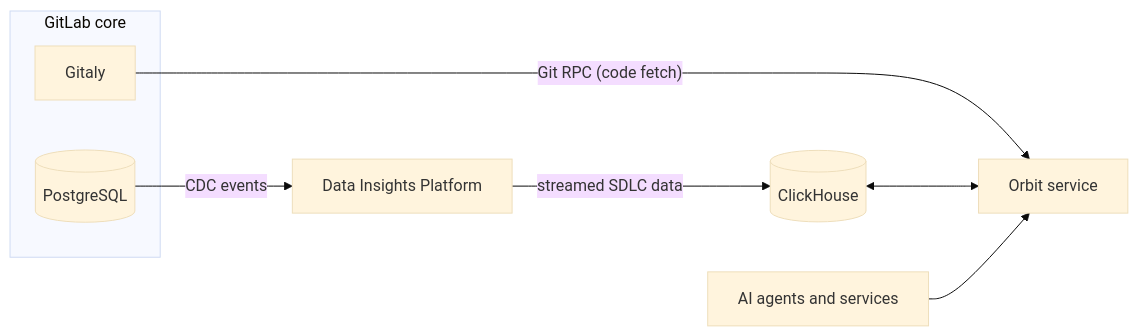
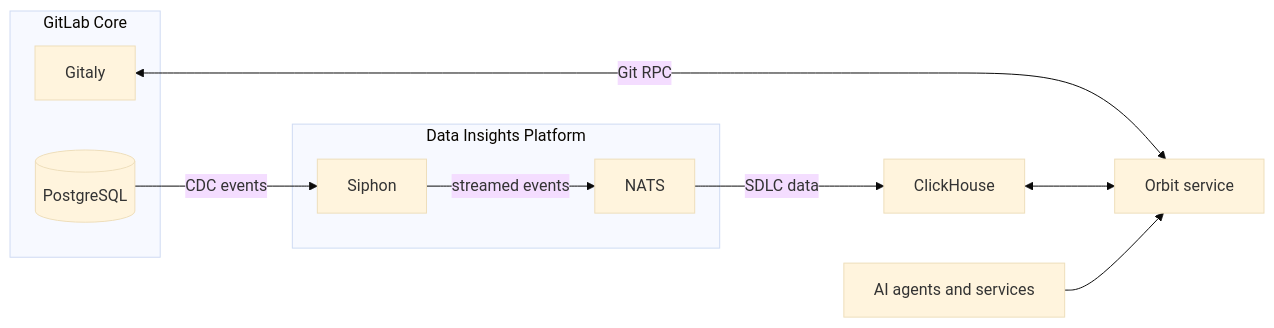
Before and after one commit to gitlabhq/orbit-knowledge-graph: the diagram in docs/source/_index.md, drawn with Mermaid (base theme).

Commit message:
Apply 1 suggestion(s) to 1 file(s)

````diff
--- a/docs/source/_index.md
+++ b/docs/source/_index.md
@@ -89,14 +89,22 @@
 ```mermaid
 flowchart LR
   accTitle: Orbit architecture
-  accDescr: Data flows from PostgreSQL and Gitaly through the Data Insights Platform and into Orbit, which is then queried by AI agents and services.
-  subgraph GitLabCore[GitLab core]
+  accDescr: Data flows from PostgreSQL and Gitaly through Siphon, NATS, and ClickHouse into the Orbit service, which is then queried by AI agents and services.
+
+  subgraph GitLabCore[GitLab Core]
     PG[(PostgreSQL)]
     Gitaly[Gitaly]
   end
-  PG -- "CDC events" --> DIP[Data Insights Platform]
-  DIP -- "streamed SDLC data" --> CH[(ClickHouse)]
-  Gitaly -- "Git RPC (code fetch)" --> Orbit[Orbit service]
+
+  subgraph DataPipeline[Data Insights Platform]
+    Siphon[Siphon]
+    NATS[NATS]
+  end
+
+  PG -- "CDC events" --> Siphon
+  Siphon -- "streamed events" --> NATS
+  NATS -- "SDLC data" --> CH[ClickHouse]
+  Gitaly <-- "Git RPC" --> Orbit[Orbit service]
   CH <--> Orbit
   Clients[AI agents and services] --> Orbit
 ```
````
